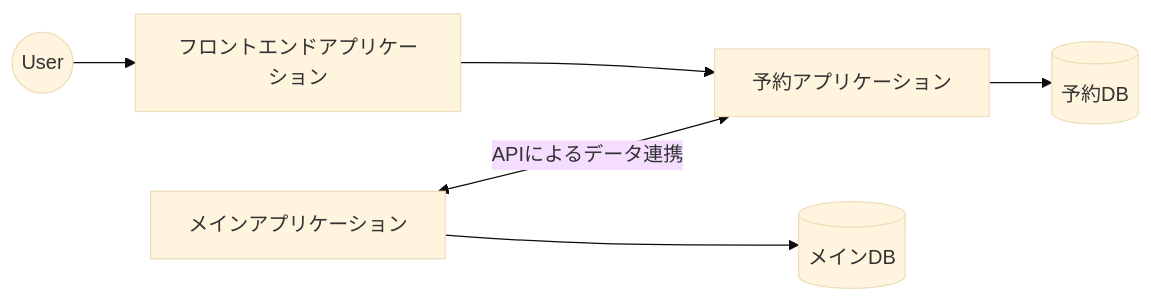
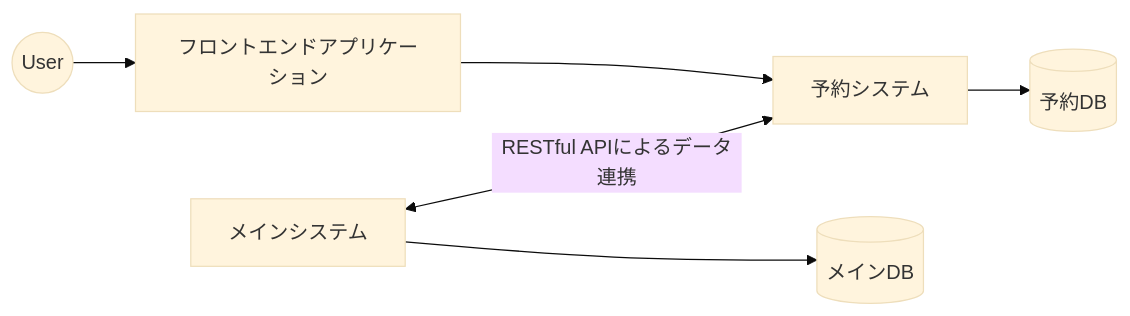
The first of 8 diagrams in articles/20251124-system-migration.md (yuma-ito-bd/zenn-articles), drawn with Mermaid (base theme) before and after one commit. The commit also changed other lines of this file, not shown here.

````diff
--- a/articles/20251124-system-migration.md
+++ b/articles/20251124-system-migration.md
@@ -25,11 +39,11 @@
 ```mermaid
 graph LR
 
 user((User)) --> spa["フロントエンドアプリケーション"]
 spa --> sys2
 
-sys2[予約アプリケーション] --> db2[(予約DB)]
+sys2[予約システム] --> db2[(予約DB)]
 
-sys1[メインアプリケーション] --> db1[(メインDB)]
-sys1 <-->|APIによるデータ連携| sys2
+sys1[メインシステム] --> db1[(メインDB)]
+sys1 <-->|RESTful APIによるデータ連携| sys2
 ```
````
